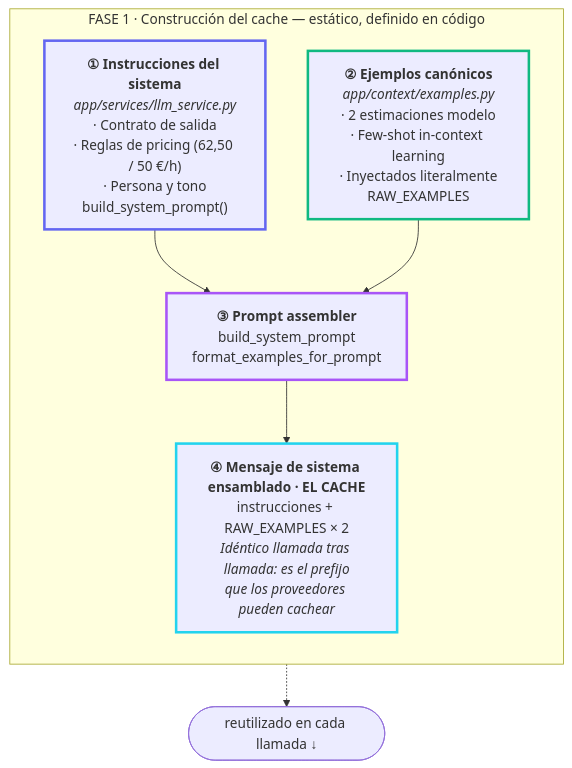
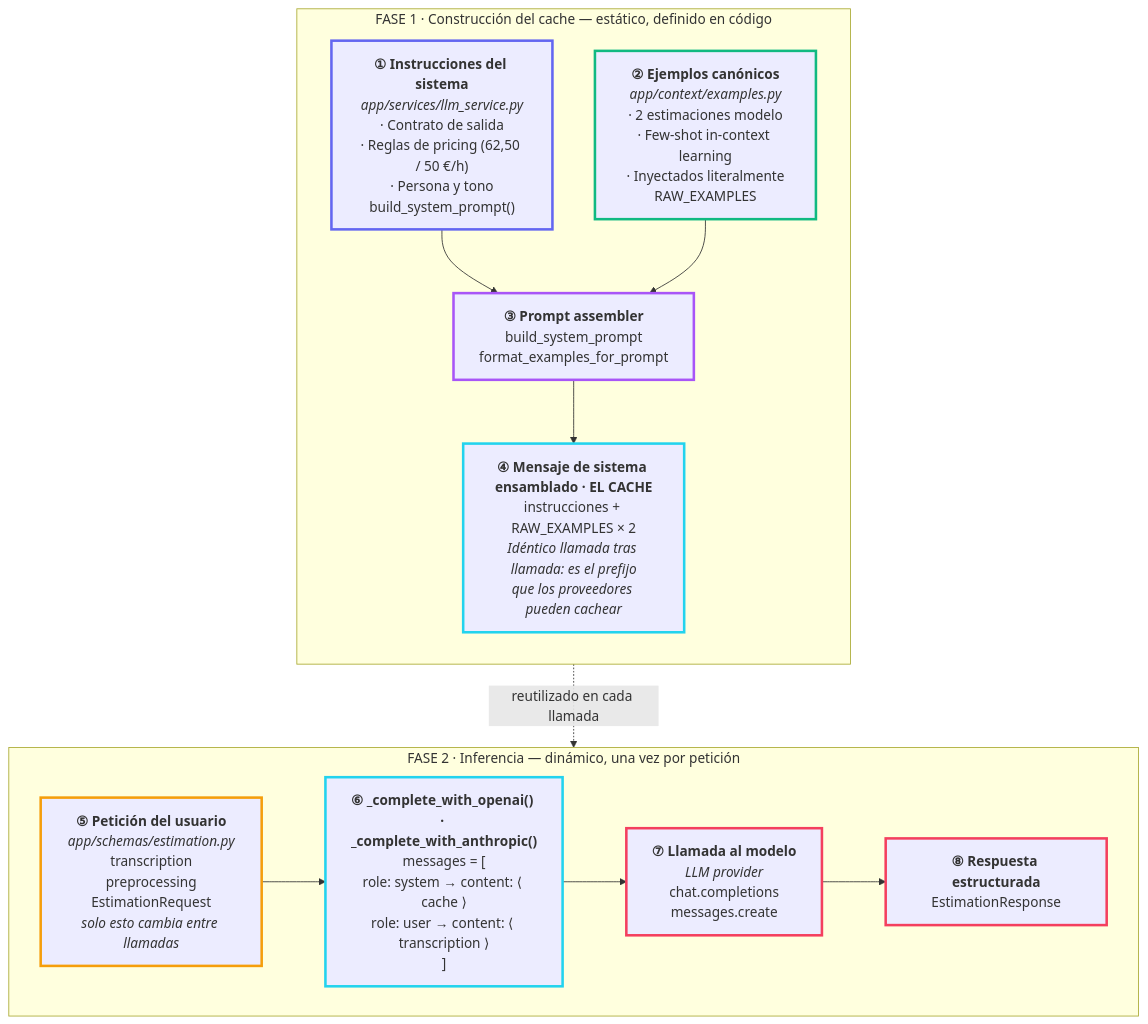
Before and after one commit to aelena/lidr-course: the diagram in estimador-cag/README.md, drawn with Mermaid.

Commit message:
Add the inference phase to the CAG diagram
Phase 2 shows the per-request path: the user request, the messages sent
to the provider with the cached system message, the model call and the
structured response.

````diff
--- a/estimador-cag/README.md
+++ b/estimador-cag/README.md
@@ -25,23 +25,37 @@
 ```mermaid
 flowchart TB
     subgraph FASE1["FASE 1 · Construcción del cache — estático, definido en código"]
         direction TB
         I["<b>① Instrucciones del sistema</b><br/><i>app/services/llm_service.py</i><br/>· Contrato de salida<br/>· Reglas de pricing (62,50 / 50 €/h)<br/>· Persona y tono<br/>build_system_prompt()"]
         E["<b>② Ejemplos canónicos</b><br/><i>app/context/examples.py</i><br/>· 2 estimaciones modelo<br/>· Few-shot in-context learning<br/>· Inyectados literalmente<br/>RAW_EXAMPLES"]
         A["<b>③ Prompt assembler</b><br/>build_system_prompt<br/>format_examples_for_prompt"]
         C["<b>④ Mensaje de sistema ensamblado · EL CACHE</b><br/>instrucciones + RAW_EXAMPLES × 2<br/><i>Idéntico llamada tras llamada: es el prefijo<br/>que los proveedores pueden cachear</i>"]
         I --> A
         E --> A
         A --> C
     end
-    C -.-> R(["reutilizado en cada llamada ↓"])
+    subgraph FASE2["FASE 2 · Inferencia — dinámico, una vez por petición"]
+        direction LR
+        U["<b>⑤ Petición del usuario</b><br/><i>app/schemas/estimation.py</i><br/>transcription<br/>preprocessing<br/>EstimationRequest<br/><i>solo esto cambia entre llamadas</i>"]
+        M["<b>⑥ _complete_with_openai() · _complete_with_anthropic()</b><br/>messages = [<br/>role: system → content: ⟨ cache ⟩<br/>role: user → content: ⟨ transcription ⟩<br/>]"]
+        L["<b>⑦ Llamada al modelo</b><br/><i>LLM provider</i><br/>chat.completions<br/>messages.create"]
+        R["<b>⑧ Respuesta estructurada</b><br/>EstimationResponse"]
+        U --> M
+        M --> L
+        L --> R
+    end
+    C -. "reutilizado en cada llamada" .-> M
 
     classDef instrucciones stroke:#6366f1,stroke-width:3px
     classDef ejemplos stroke:#10b981,stroke-width:3px
     classDef assembler stroke:#a855f7,stroke-width:3px
     classDef cache stroke:#22d3ee,stroke-width:3px
+    classDef peticion stroke:#f59e0b,stroke-width:3px
+    classDef respuesta stroke:#f43f5e,stroke-width:3px
     class I instrucciones
     class E ejemplos
     class A assembler
-    class C cache
+    class C,M cache
+    class U peticion
+    class L,R respuesta
 ```
````
